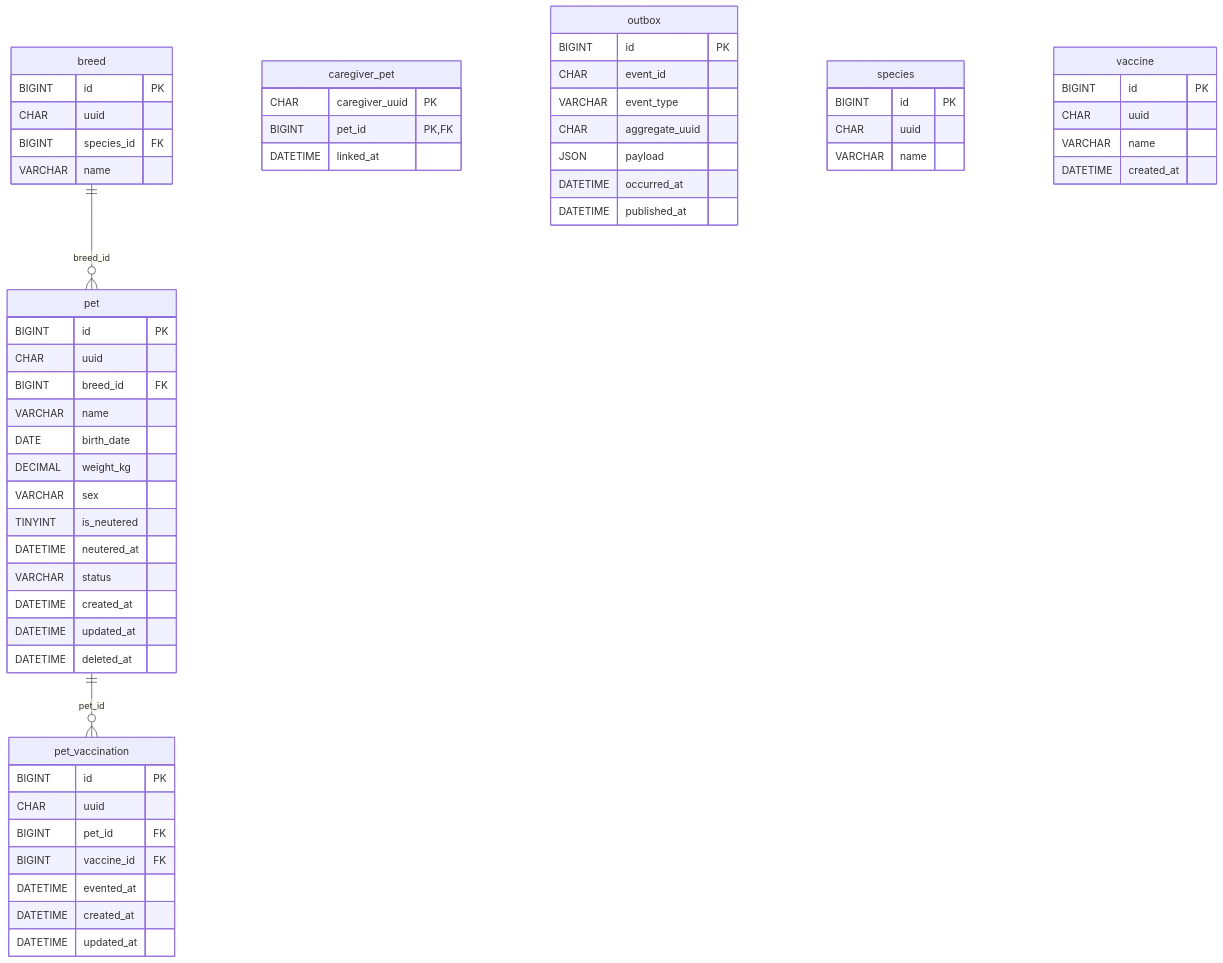
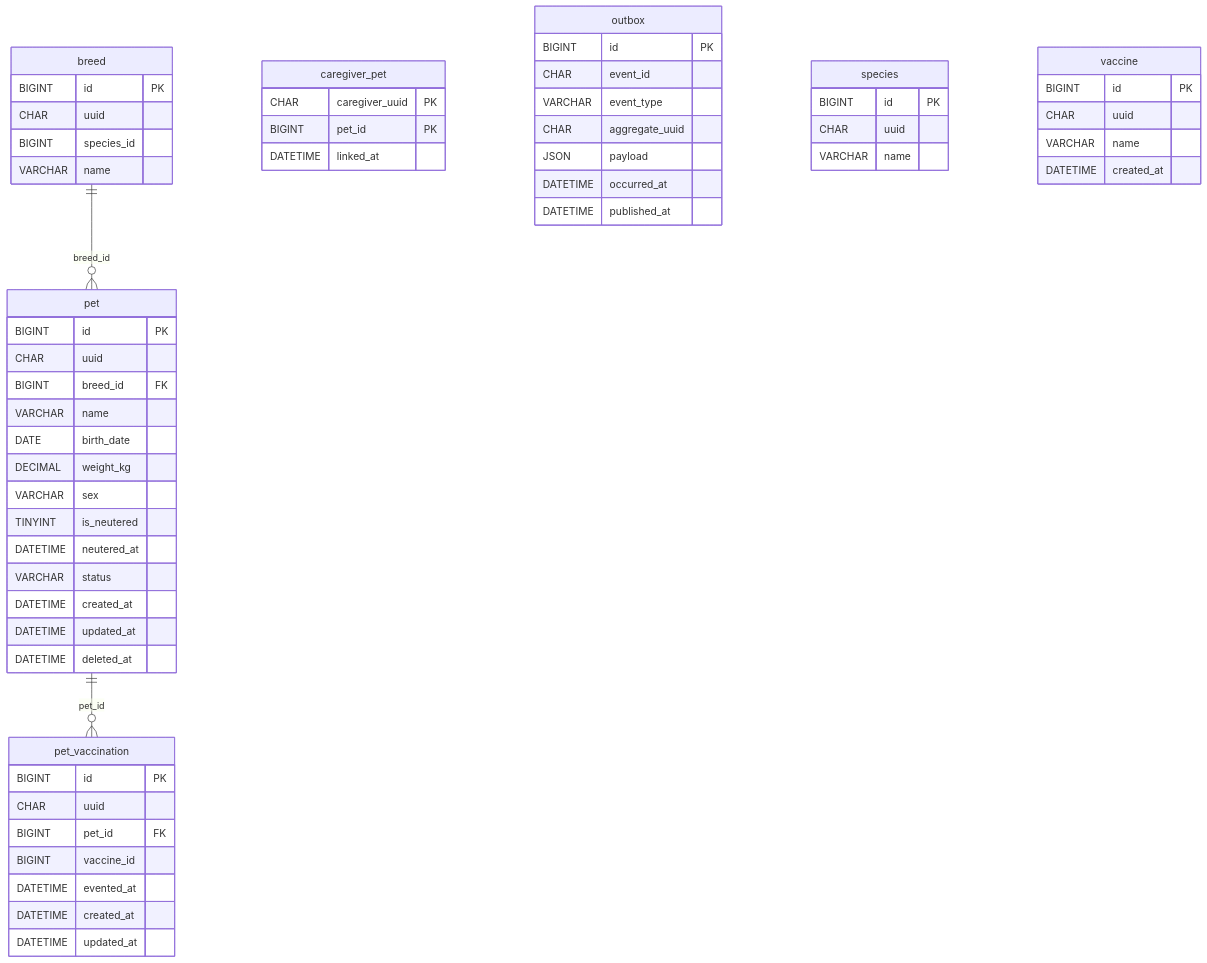
One commit to louie-kury/louie-kury-document changed the diagram in docs/erd/svc_pet.md. Above: the diagram before and after it, drawn with Mermaid. The commit also changed other lines of this file and 12 other files, not shown here.

Commit message:
docs: ERD 미확정 관계와 별도 관계도 정리

````diff
--- a/docs/erd/svc_pet.md
+++ b/docs/erd/svc_pet.md
@@ -10,60 +10,60 @@
 ```mermaid
 erDiagram
     breed {
         BIGINT id PK
         CHAR uuid
-        BIGINT species_id FK
+        BIGINT species_id
         VARCHAR name
     }
     caregiver_pet {
         CHAR caregiver_uuid PK
-        BIGINT pet_id PK,FK
+        BIGINT pet_id PK
         DATETIME linked_at
     }
     outbox {
         BIGINT id PK
         CHAR event_id
         VARCHAR event_type
         CHAR aggregate_uuid
         JSON payload
         DATETIME occurred_at
         DATETIME published_at
     }
     pet {
         BIGINT id PK
         CHAR uuid
         BIGINT breed_id FK
         VARCHAR name
         DATE birth_date
         DECIMAL weight_kg
         VARCHAR sex
         TINYINT is_neutered
         DATETIME neutered_at
         VARCHAR status
         DATETIME created_at
         DATETIME updated_at
         DATETIME deleted_at
     }
     pet_vaccination {
         BIGINT id PK
         CHAR uuid
         BIGINT pet_id FK
-        BIGINT vaccine_id FK
+        BIGINT vaccine_id
         DATETIME evented_at
         DATETIME created_at
         DATETIME updated_at
     }
     species {
         BIGINT id PK
         CHAR uuid
         VARCHAR name
     }
     vaccine {
         BIGINT id PK
         CHAR uuid
         VARCHAR name
         DATETIME created_at
     }
     breed ||--o{ pet : "breed_id"
     pet ||--o{ pet_vaccination : "pet_id"
 ```
````
